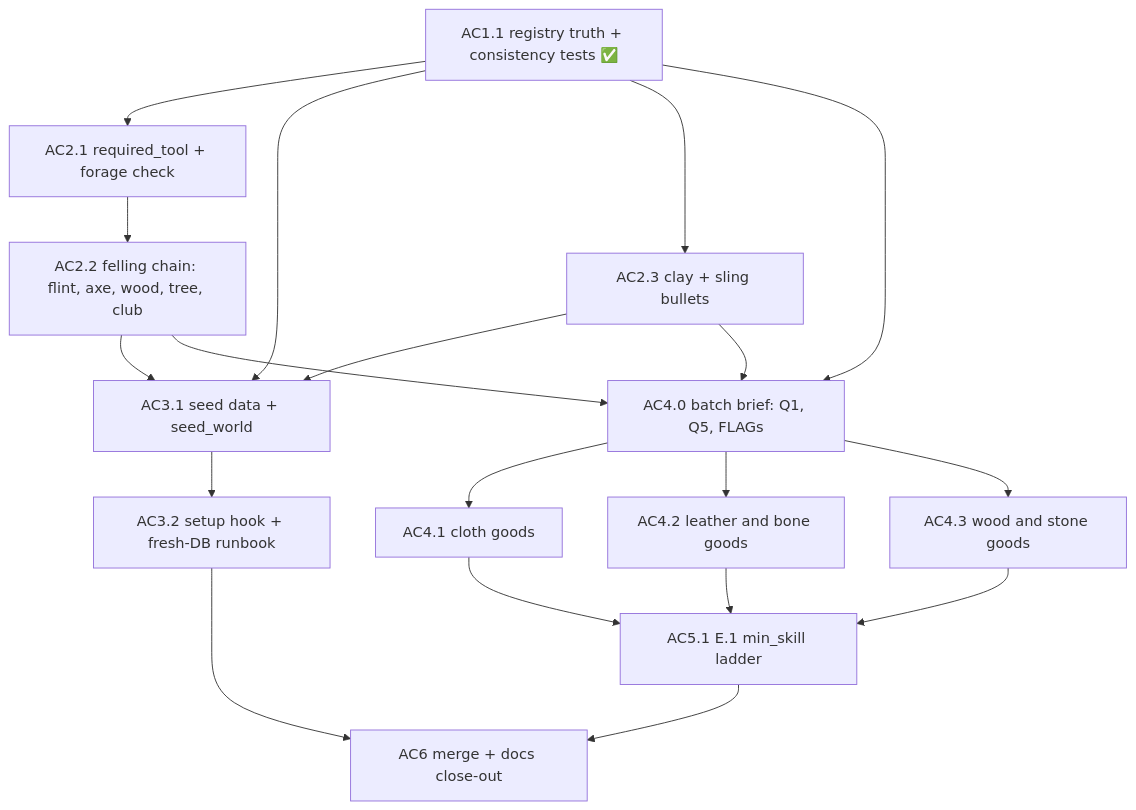
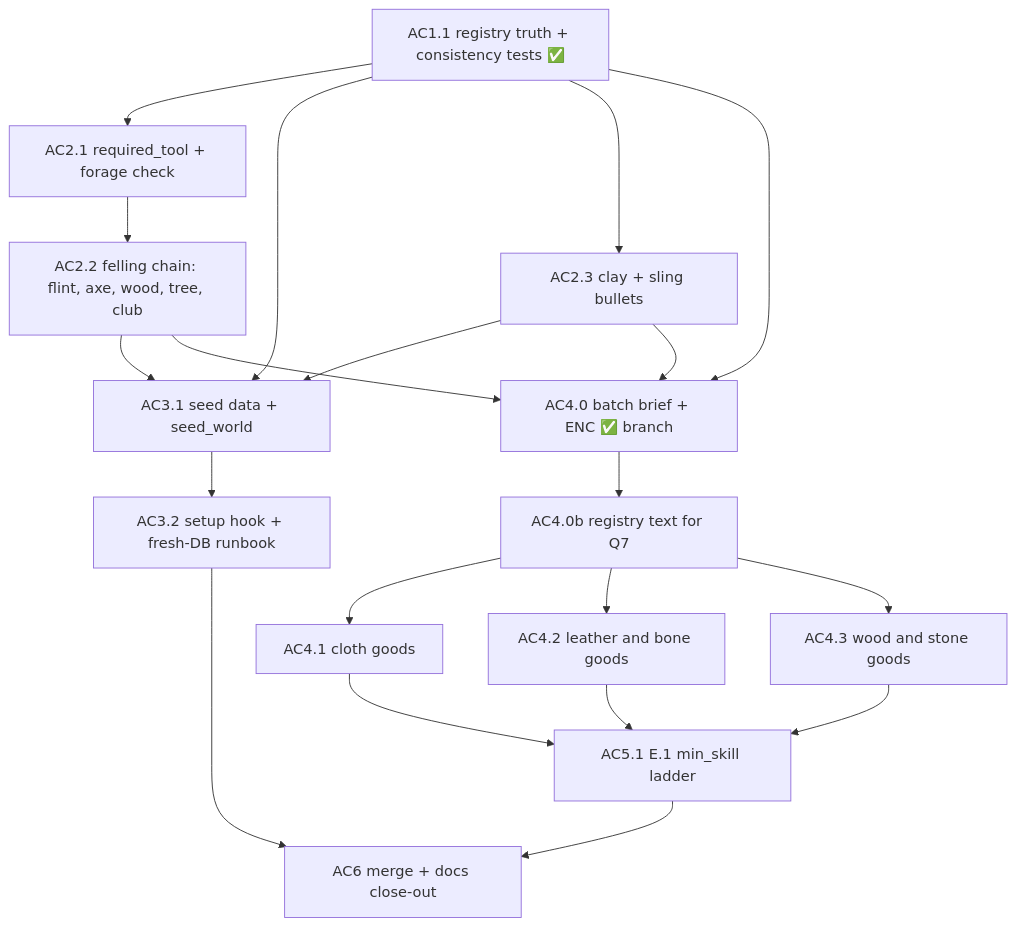
The diagram in docs/PolishedWorld_Alpha_Content_Decomposition.md (G0dlet/PolishedWorld), drawn with Mermaid before and after one commit. The commit also changed other lines of this file and 1 other file, not shown here.

First line of the commit message:
docs: add the AC4.0 batch brief and ENC to the agent schemas (Decomp Rev 3, AGENTS Rev 7)

````diff
--- a/docs/PolishedWorld_Alpha_Content_Decomposition.md
+++ b/docs/PolishedWorld_Alpha_Content_Decomposition.md
@@ -135,21 +138,22 @@
 ```mermaid
 graph TD
     AC11[AC1.1 registry truth + consistency tests ✅] --> AC21[AC2.1 required_tool + forage check]
     AC11 --> AC31[AC3.1 seed data + seed_world]
     AC21 --> AC22[AC2.2 felling chain: flint, axe, wood, tree, club]
     AC11 --> AC23[AC2.3 clay + sling bullets]
     AC22 --> AC31
     AC23 --> AC31
     AC31 --> AC32[AC3.2 setup hook + fresh-DB runbook]
-    AC11 --> AC40[AC4.0 batch brief: Q1, Q5, FLAGs]
+    AC11 --> AC40[AC4.0 batch brief + ENC ✅ branch]
     AC22 --> AC40
     AC23 --> AC40
-    AC40 --> AC41[AC4.1 cloth goods]
-    AC40 --> AC42[AC4.2 leather and bone goods]
-    AC40 --> AC43[AC4.3 wood and stone goods]
+    AC40 --> AC40b[AC4.0b registry text for Q7]
+    AC40b --> AC41[AC4.1 cloth goods]
+    AC40b --> AC42[AC4.2 leather and bone goods]
+    AC40b --> AC43[AC4.3 wood and stone goods]
     AC41 --> AC51[AC5.1 E.1 min_skill ladder]
     AC42 --> AC51
     AC43 --> AC51
     AC32 --> AC6[AC6 merge + docs close-out]
     AC51 --> AC6
 ```
````
